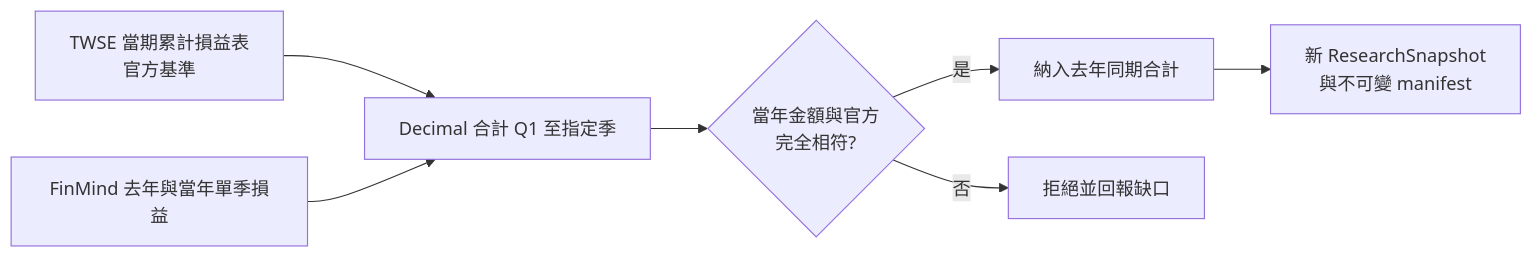
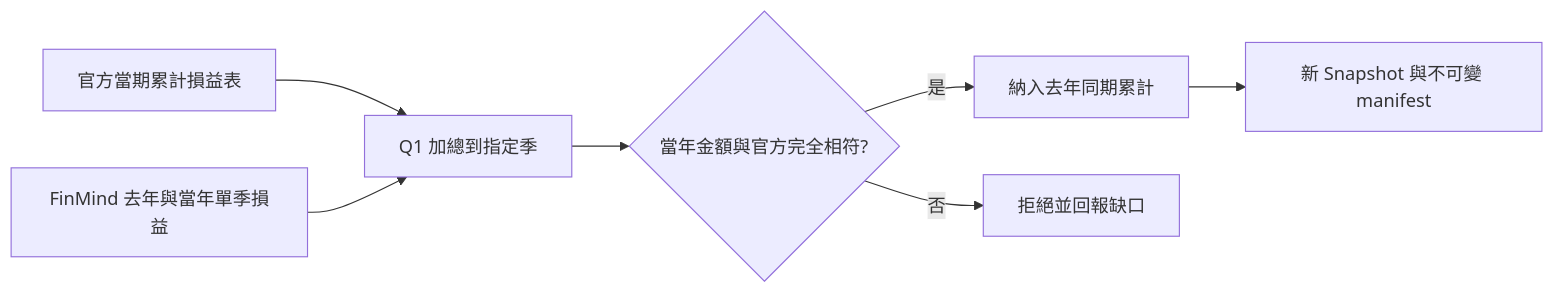
The diagram in docs/fundamental_data_repair.md (zxcvb8885123/ETF-AGENTS), drawn with Mermaid before and after one commit. The commit also changed other lines of this file and 7 other files, not shown here.

````diff
--- a/docs/fundamental_data_repair.md
+++ b/docs/fundamental_data_repair.md
@@ -18,9 +37,9 @@
 ```mermaid
 flowchart LR
-  A[TWSE 當期累計損益表<br/>官方基準] --> C[Decimal 合計 Q1 至指定季]
+  A[官方當期累計損益表] --> C[Q1 加總到指定季]
   B[FinMind 去年與當年單季損益] --> C
-  C --> D{當年金額與官方<br/>完全相符?}
-  D -- 是 --> E[納入去年同期合計]
+  C --> D{當年金額與官方完全相符?}
+  D -- 是 --> E[納入去年同期累計]
   D -- 否 --> F[拒絕並回報缺口]
-  E --> G[新 ResearchSnapshot<br/>與不可變 manifest]
+  E --> G[新 Snapshot 與不可變 manifest]
 ```
````
